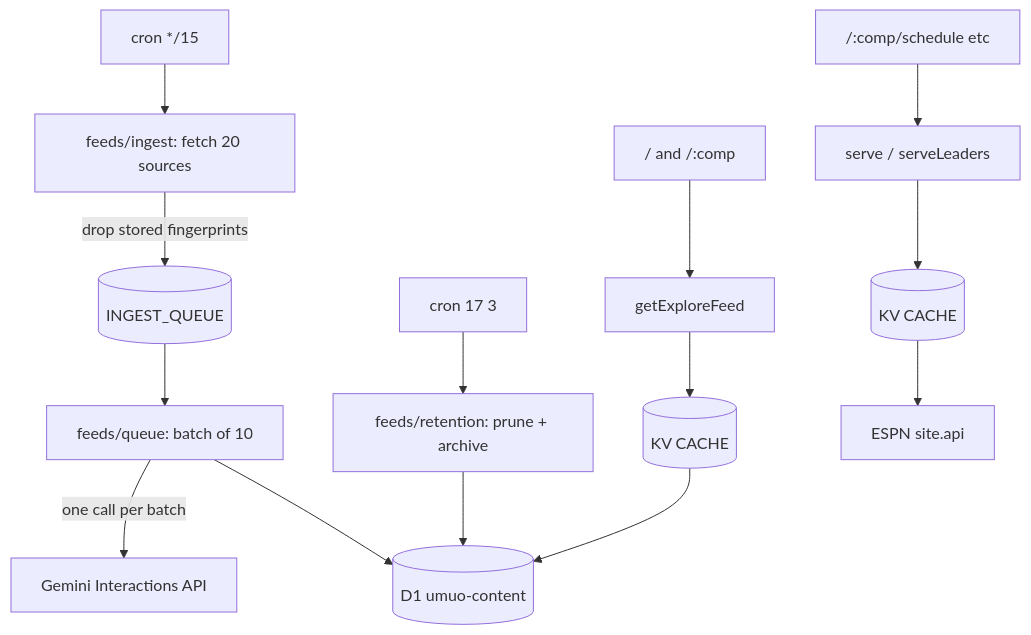
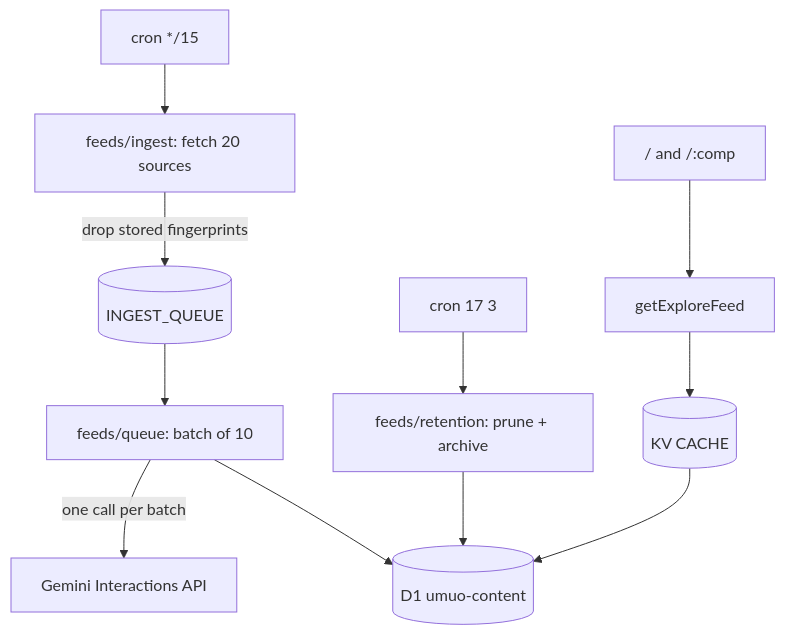
Before and after one commit to youming-ai/umuo: the diagram in AGENTS.md, drawn with Mermaid. The commit also changed other lines of this file and 112 other files, not shown here.

````diff
--- a/AGENTS.md
+++ b/AGENTS.md
@@ -13,13 +11,12 @@
 ```mermaid
 graph TD
   Cron["cron */15"] --> Ingest[feeds/ingest: fetch 20 sources]
   Ingest -->|drop stored fingerprints| Q[(INGEST_QUEUE)]
   Q --> Consumer[feeds/queue: batch of 10]
   Consumer -->|one call per batch| Gemini[Gemini Interactions API]
   Consumer --> D1[(D1 umuo-content)]
   Sweep["cron 17 3"] --> Retention[feeds/retention: prune + archive]
   Retention --> D1
 
   Home["/ and /:comp"] --> Explore[getExploreFeed] --> KV1[(KV CACHE)] --> D1
-  Comp["/:comp/schedule etc"] --> Serve[serve / serveLeaders] --> KV2[(KV CACHE)] --> ESPN[ESPN site.api]
 ```
````
